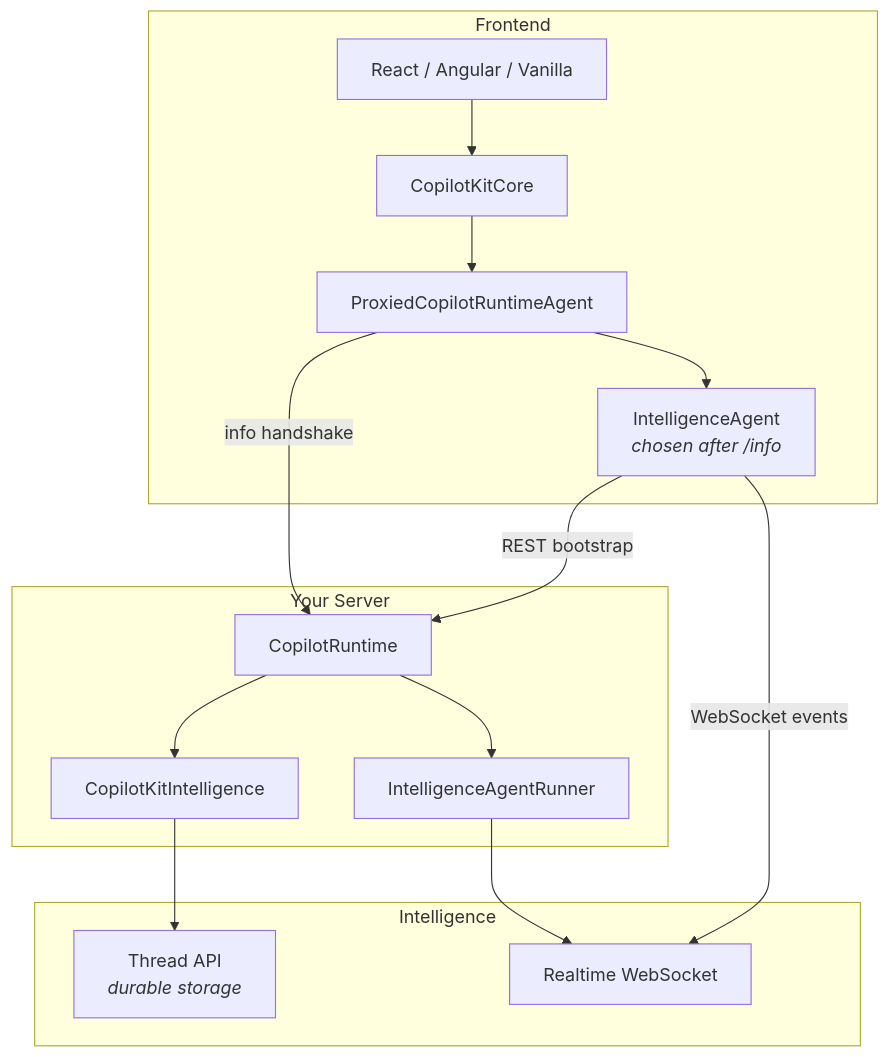
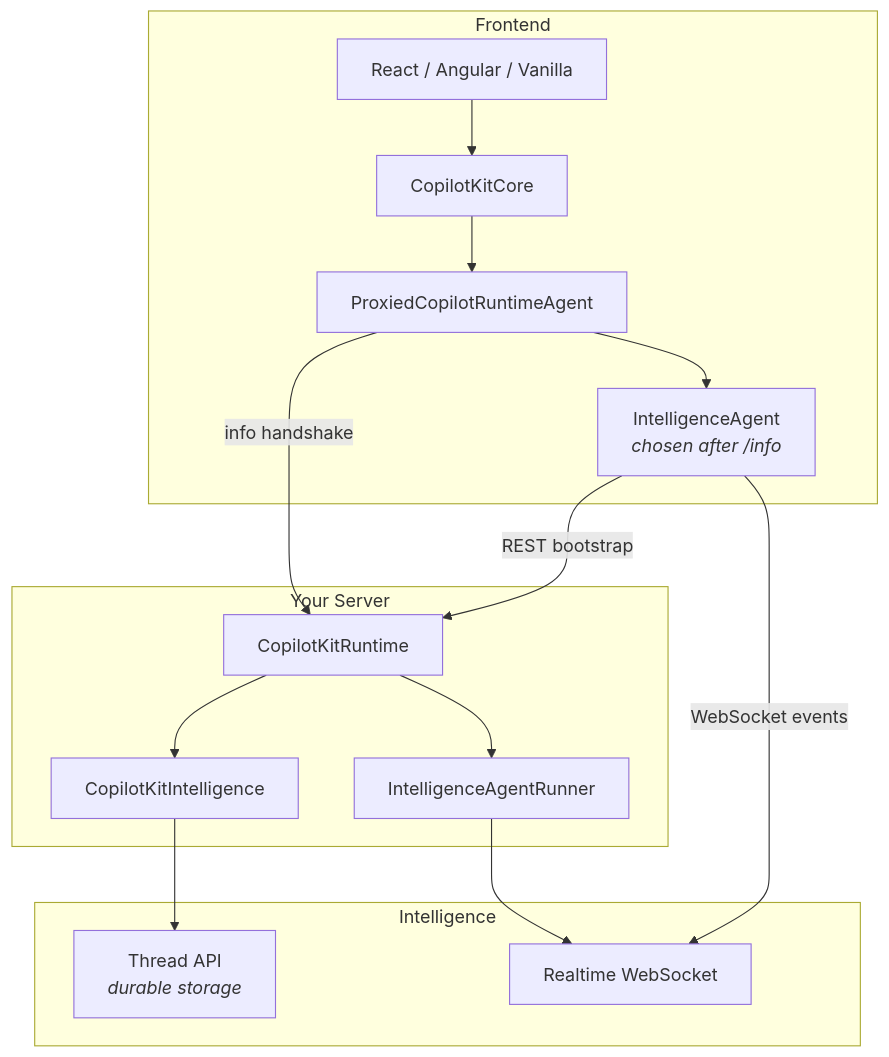
The first of 2 diagrams in dev-docs/architecture/setup-intelligence.md (CopilotKit/CopilotKit), drawn with Mermaid before and after one commit. The commit also changed other lines of this file and 30 other files, not shown here.

Commit message:
docs: use the CopilotKit* runtime names in package docs and comments

````diff
--- a/dev-docs/architecture/setup-intelligence.md
+++ b/dev-docs/architecture/setup-intelligence.md
@@ -11,31 +11,31 @@
 ```mermaid
 graph TB
     subgraph Frontend
         App["React / Angular / Vanilla"]
         Core["CopilotKitCore"]
         Proxy["ProxiedCopilotRuntimeAgent"]
         IA["IntelligenceAgent<br/><i>chosen after /info</i>"]
     end
 
     subgraph Your Server
-        RT["CopilotRuntime"]
+        RT["CopilotKitRuntime"]
         CPK-I["CopilotKitIntelligence"]
         Runner["IntelligenceAgentRunner"]
     end
 
     subgraph Intelligence
         API["Thread API<br/><i>durable storage</i>"]
         WS["Realtime WebSocket"]
     end
 
     App --> Core
     Core --> Proxy
     Proxy -->|info handshake| RT
     RT --> CPK-I
     CPK-I --> API
     RT --> Runner
     Runner --> WS
     Proxy --> IA
     IA -->|REST bootstrap| RT
     IA -->|WebSocket events| WS
 ```
````
